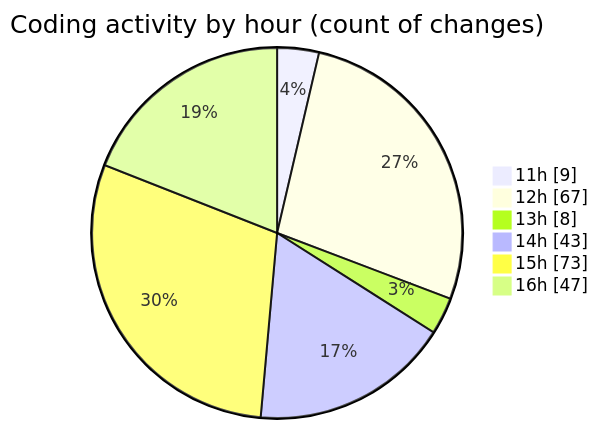
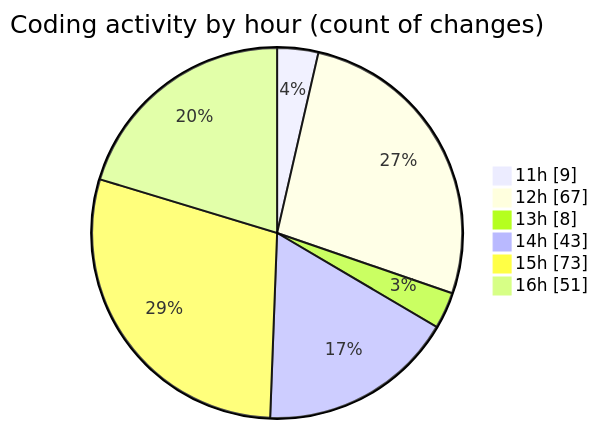
One commit to nxtqubesakshisongat/code-tracking changed the second of 2 diagrams in 2026-08-23/nxtqube_webapp/README.md. Above: the diagram before and after it, drawn with Mermaid. The commit also changed other lines of this file and 1 other file, not shown here.

````diff
--- a/2026-08-23/nxtqube_webapp/README.md
+++ b/2026-08-23/nxtqube_webapp/README.md
@@ -102,10 +103,10 @@
 ```mermaid
 pie showData
 title Coding activity by hour (count of changes)
 "11h" : 9
 "12h" : 67
 "13h" : 8
 "14h" : 43
 "15h" : 73
-"16h" : 47
+"16h" : 51
 ```
````
